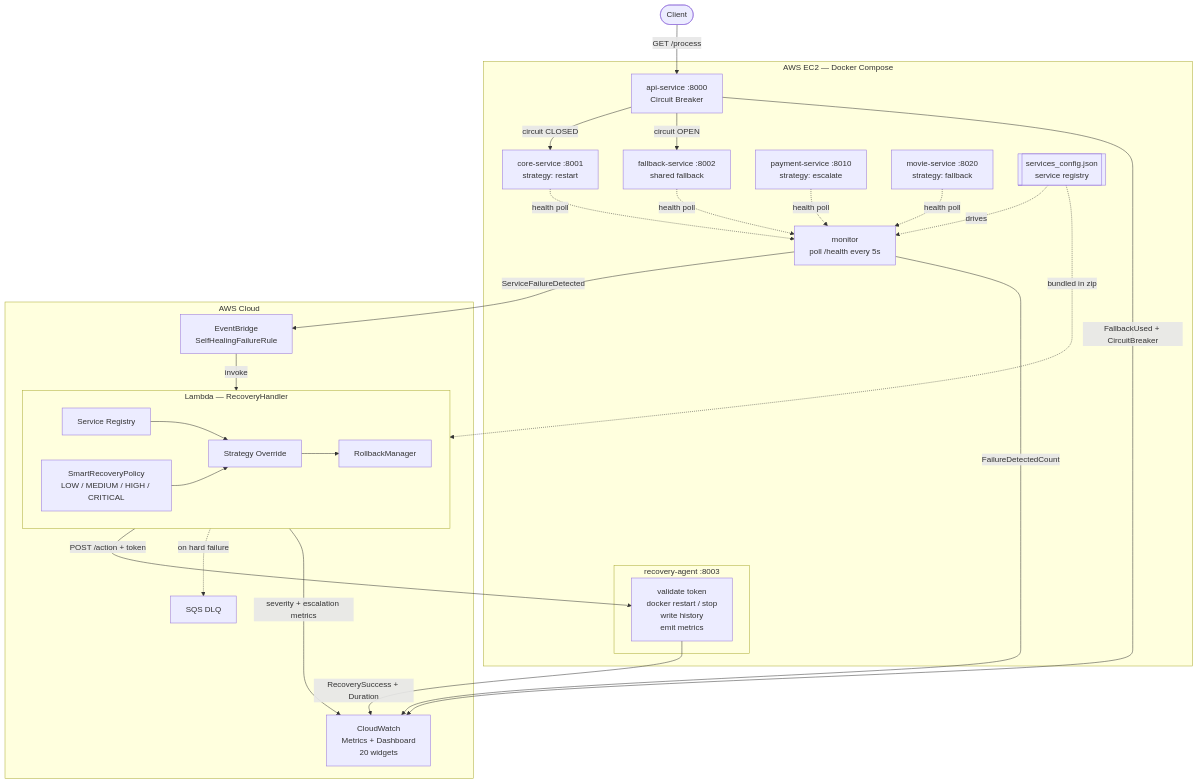
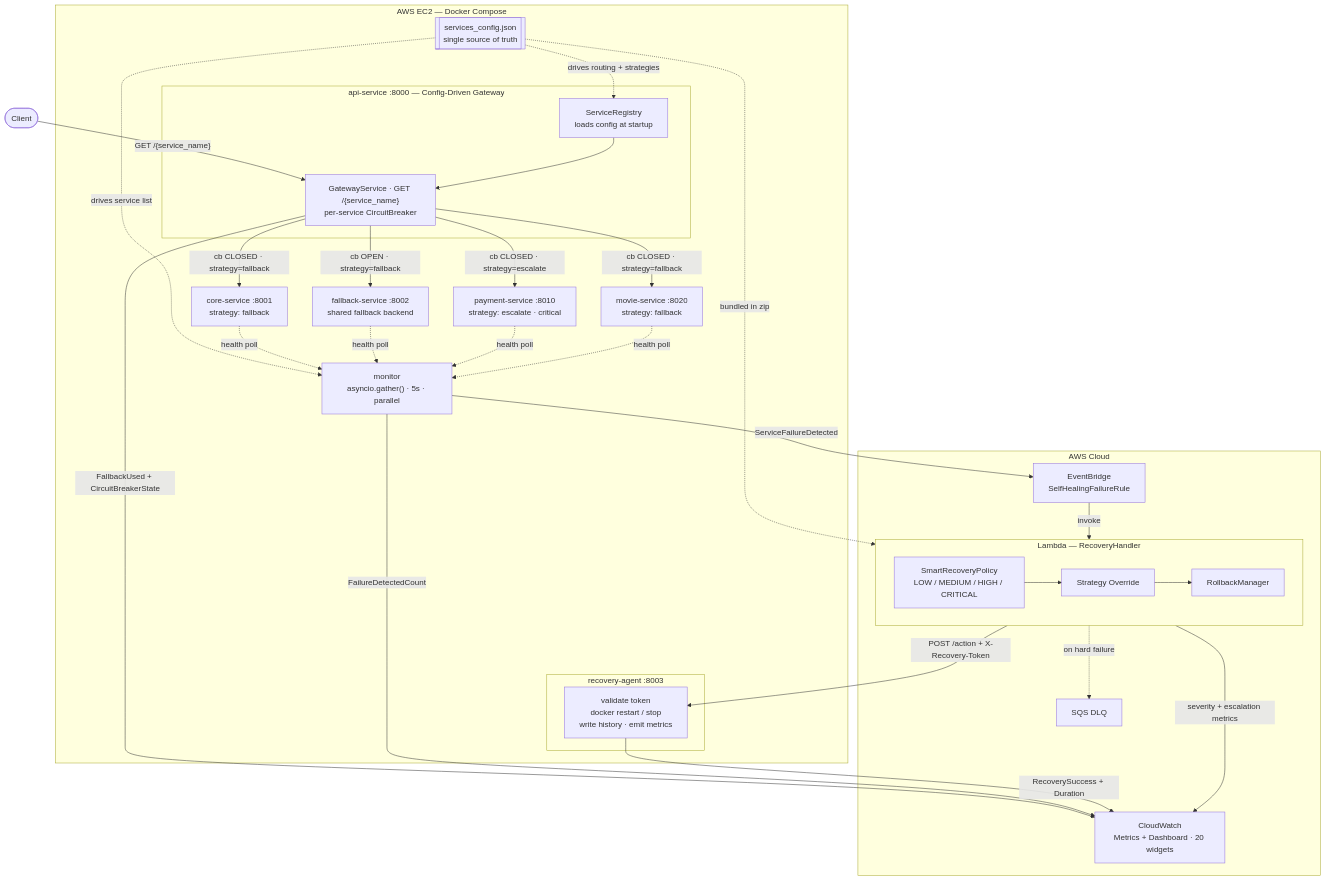
The diagram in README.md (agrawal-2005/self-healing-system), drawn with Mermaid before and after one commit. The commit also changed other lines of this file, not shown here.

First line of the commit message:
docs: update Architecture Overview and README for Phase 8

````diff
--- a/README.md
+++ b/README.md
@@ -76,53 +76,60 @@
 ```mermaid
 flowchart TD
     client(["Client"])
 
     subgraph EC2["AWS EC2 — Docker Compose"]
-        api["api-service :8000\nCircuit Breaker"]
-        core["core-service :8001\nstrategy: restart"]
-        fb["fallback-service :8002\nshared fallback"]
-        pay["payment-service :8010\nstrategy: escalate"]
+        cfg[["services_config.json\nsingle source of truth"]]
+
+        subgraph GW["api-service :8000 — Config-Driven Gateway"]
+            sreg["ServiceRegistry\nloads config at startup"]
+            gwsvc["GatewayService · GET /{service_name}\nper-service CircuitBreaker"]
+        end
+
+        core["core-service :8001\nstrategy: fallback"]
+        fb["fallback-service :8002\nshared fallback backend"]
+        pay["payment-service :8010\nstrategy: escalate · critical"]
         mov["movie-service :8020\nstrategy: fallback"]
-        mon["monitor\npoll /health every 5s"]
-        cfg[["services_config.json\nservice registry"]]
+        mon["monitor\nasyncio.gather() · 5s · parallel"]
 
         subgraph AGENT["recovery-agent :8003"]
-            ra["validate token\ndocker restart / stop\nwrite history\nemit metrics"]
+            ra["validate token\ndocker restart / stop\nwrite history · emit metrics"]
         end
     end
 
     subgraph AWS["AWS Cloud"]
         eb["EventBridge\nSelfHealingFailureRule"]
 
         subgraph LAM["Lambda — RecoveryHandler"]
-            reg["Service Registry"]
             policy["SmartRecoveryPolicy\nLOW / MEDIUM / HIGH / CRITICAL"]
             strat["Strategy Override"]
             rollback["RollbackManager"]
         end
 
         dlq["SQS DLQ"]
-        cw["CloudWatch\nMetrics + Dashboard\n20 widgets"]
+        cw["CloudWatch\nMetrics + Dashboard · 20 widgets"]
     end
 
-    client -->|GET /process| api
-    api -->|circuit CLOSED| core
-    api -->|circuit OPEN| fb
-    cfg -.->|drives| mon
+    client -->|"GET /{service_name}"| gwsvc
+    cfg -.->|"drives routing + strategies"| sreg
+    sreg --> gwsvc
+    gwsvc -->|"cb CLOSED · strategy=fallback"| core
+    gwsvc -->|"cb CLOSED · strategy=escalate"| pay
+    gwsvc -->|"cb CLOSED · strategy=fallback"| mov
+    gwsvc -->|"cb OPEN · strategy=fallback"| fb
+    cfg -.->|drives service list| mon
     cfg -.->|bundled in zip| LAM
     core -.->|health poll| mon
     fb -.->|health poll| mon
     pay -.->|health poll| mon
     mov -.->|health poll| mon
-    api -->|FallbackUsed + CircuitBreaker| cw
+    gwsvc -->|"FallbackUsed + CircuitBreakerState"| cw
     mon -->|ServiceFailureDetected| eb
     mon -->|FailureDetectedCount| cw
     eb -->|invoke| LAM
-    reg --> strat
     policy --> strat
     strat --> rollback
-    LAM -->|POST /action + token| ra
+    LAM -->|"POST /action + X-Recovery-Token"| ra
     LAM -.->|on hard failure| dlq
-    LAM -->|severity + escalation metrics| cw
-    ra -->|RecoverySuccess + Duration| cw
+    LAM -->|"severity + escalation metrics"| cw
+    ra -->|"RecoverySuccess + Duration"| cw
 ```
````
